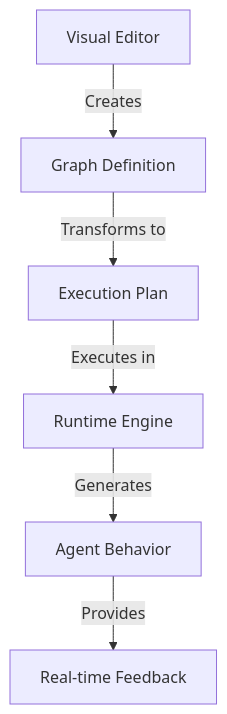
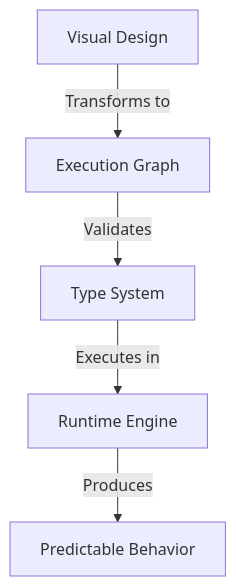
The first of 2 diagrams in docs/03_chain_graph/overview.md (badaitech/badai-docs), drawn with Mermaid before and after one commit. The commit also changed other lines of this file and 6 other files, not shown here.

````diff
--- a/docs/03_chain_graph/overview.md
+++ b/docs/03_chain_graph/overview.md
@@ -12,8 +23,7 @@
 ```mermaid
 graph TD
-    A[Visual Editor] -->|Creates| B[Graph Definition]
-    B -->|Transforms to| C[Execution Plan]
+    A[Visual Design] -->|Transforms to| B[Execution Graph]
+    B -->|Validates| C[Type System]
     C -->|Executes in| D[Runtime Engine]
-    D -->|Generates| E[Agent Behavior]
-    E -->|Provides| F[Real-time Feedback]
+    D -->|Produces| E[Predictable Behavior]
 ```
````
